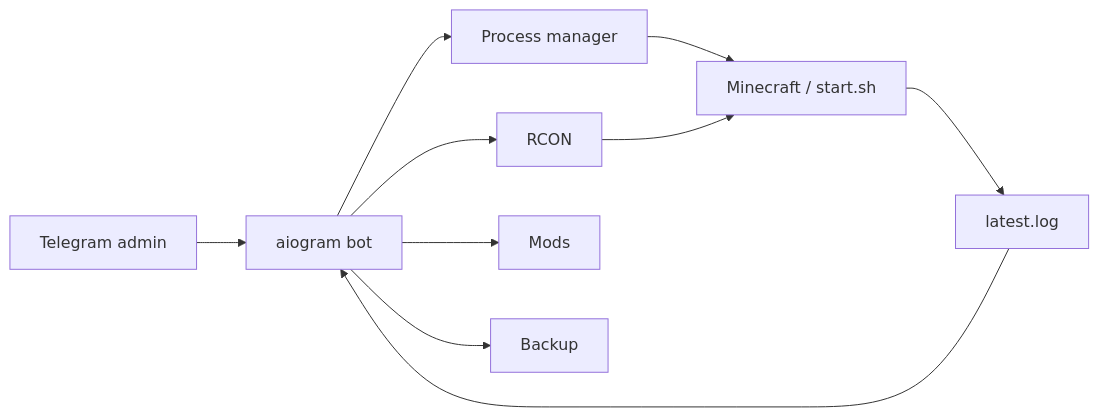
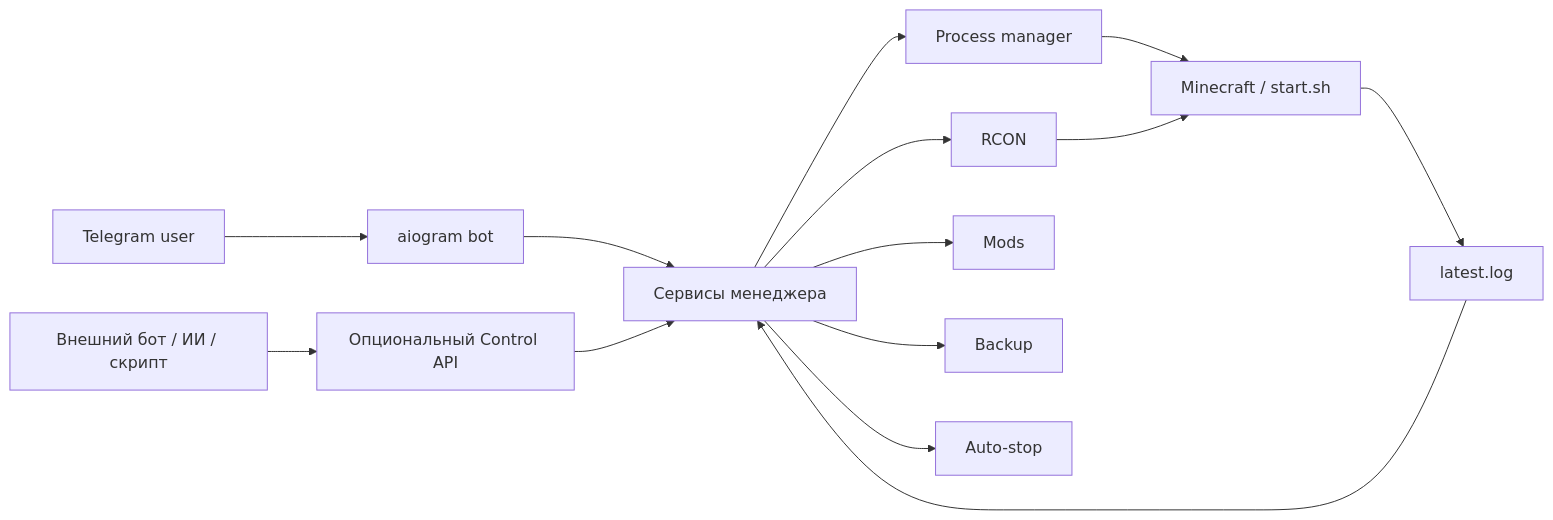
The diagram in README_RU.md (sqwiziiy/Telegram-Minecraft-Server-Manager), drawn with Mermaid before and after one commit. The commit also changed other lines of this file and 37 other files, not shown here.

First line of the commit message:
v1.1.0: multi-server manager, access control, auto-stop and external API

````diff
--- a/README_RU.md
+++ b/README_RU.md
@@ -41,12 +43,16 @@
 ```mermaid
 flowchart LR
-    TG[Telegram admin] --> BOT[aiogram bot]
-    BOT --> PM[Process manager]
-    BOT --> RCON[RCON]
-    BOT --> MODS[Mods]
-    BOT --> BACKUP[Backup]
+    TG[Telegram user] --> BOT[aiogram bot]
+    EXT[Внешний бот / ИИ / скрипт] --> API[Опциональный Control API]
+    BOT --> CORE[Сервисы менеджера]
+    API --> CORE
+    CORE --> PM[Process manager]
+    CORE --> RCON[RCON]
+    CORE --> MODS[Mods]
+    CORE --> BACKUP[Backup]
+    CORE --> AUTO[Auto-stop]
     PM --> MC[Minecraft / start.sh]
     RCON --> MC
     MC --> LOG[latest.log]
-    LOG --> BOT
+    LOG --> CORE
 ```
````
